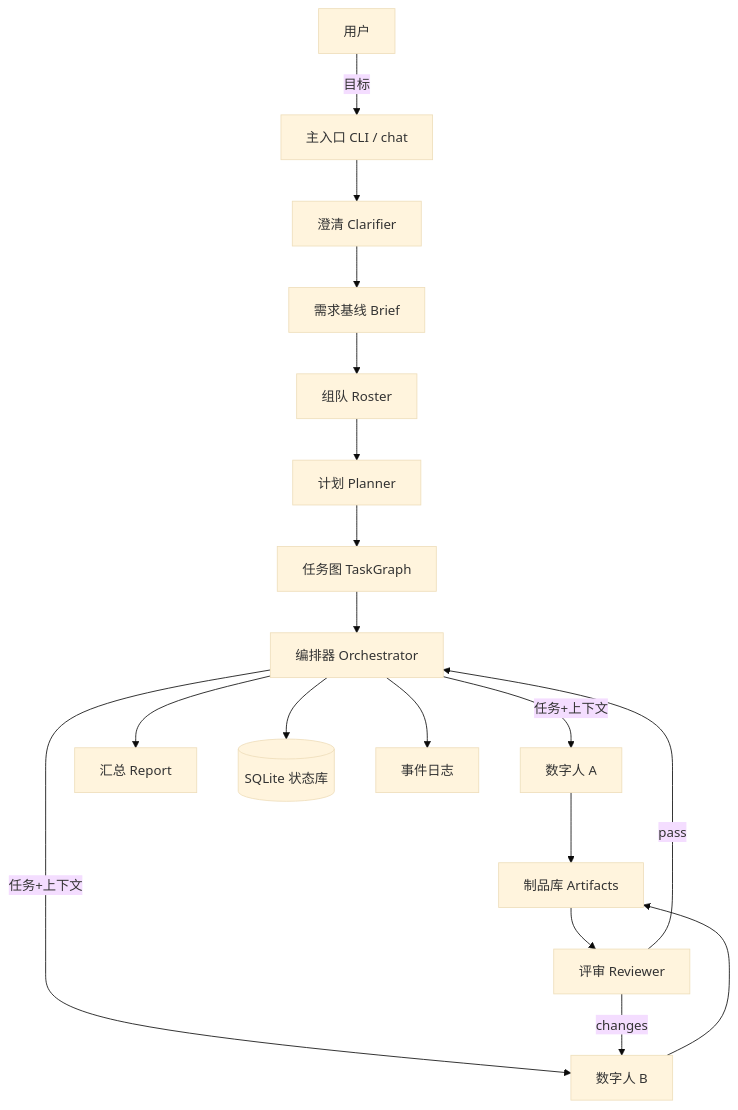
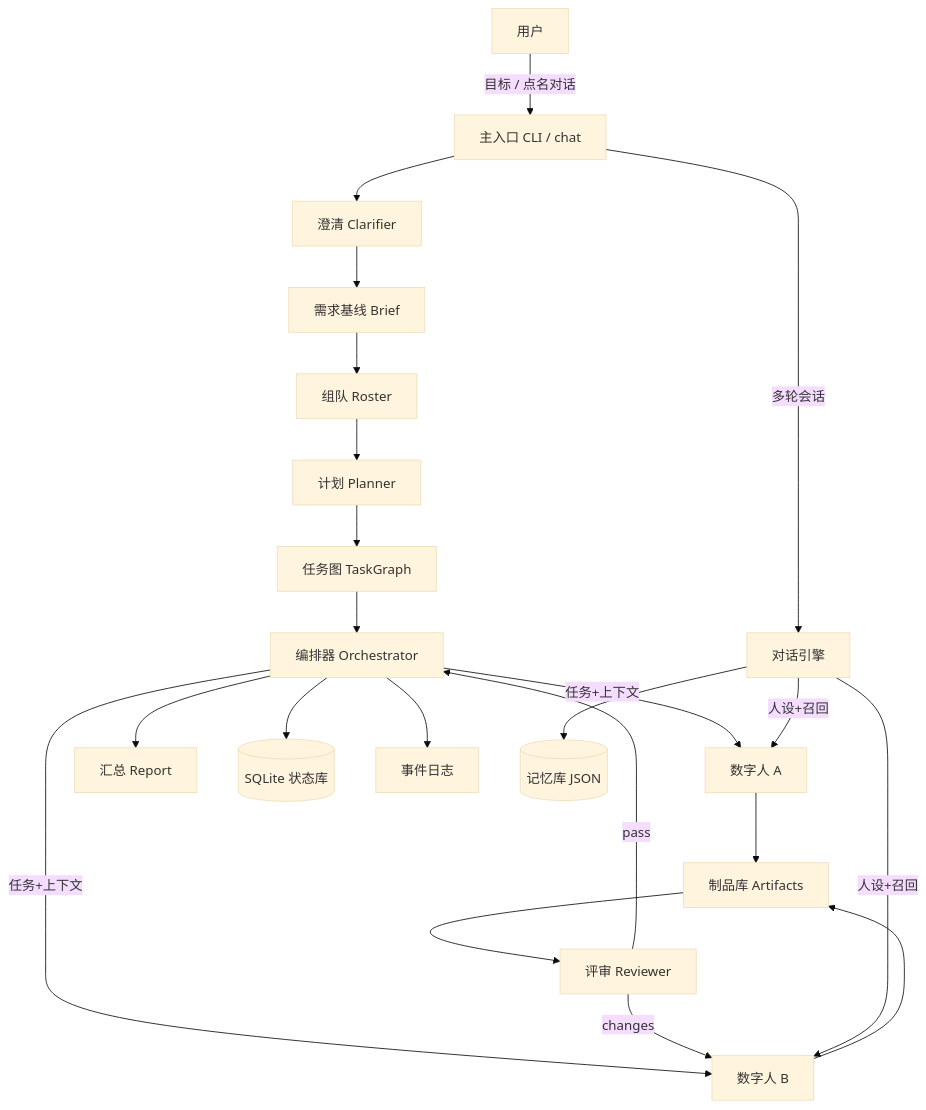
The first of 2 diagrams in docs/tech-design.md (leisurely94/AIteam), drawn with Mermaid (base theme) before and after one commit. The commit also changed other lines of this file and 25 other files, not shown here.

````diff
--- a/docs/tech-design.md
+++ b/docs/tech-design.md
@@ -7,20 +14,24 @@
 ```mermaid
 flowchart TD
-    U[用户] -->|目标| E[主入口 CLI / chat]
+    U[用户] -->|目标 / 点名对话| E[主入口 CLI / chat]
     E --> C[澄清 Clarifier]
     C --> B[需求基线 Brief]
     B --> R[组队 Roster]
     R --> P[计划 Planner]
     P --> G[任务图 TaskGraph]
     G --> O[编排器 Orchestrator]
     O -->|任务+上下文| H1[数字人 A]
     O -->|任务+上下文| H2[数字人 B]
     H1 --> AR[制品库 Artifacts]
     H2 --> AR
     AR --> RV[评审 Reviewer]
     RV -->|changes| H2
     RV -->|pass| O
     O --> F[汇总 Report]
     O --> S[(SQLite 状态库)]
     O --> L[事件日志]
+    E -->|多轮会话| CV[对话引擎]
+    CV -->|人设+召回| H1
+    CV -->|人设+召回| H2
+    CV --> M[(记忆库 JSON)]
 ```
````
